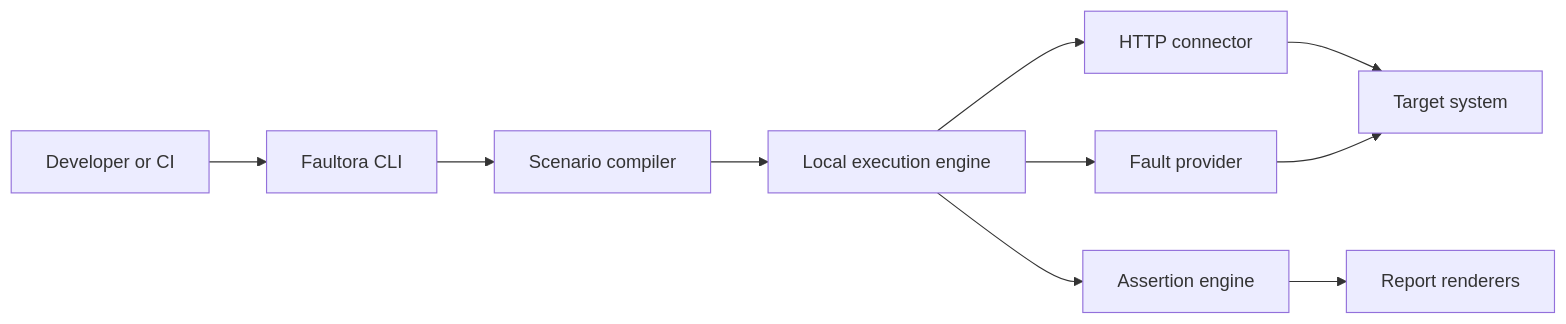
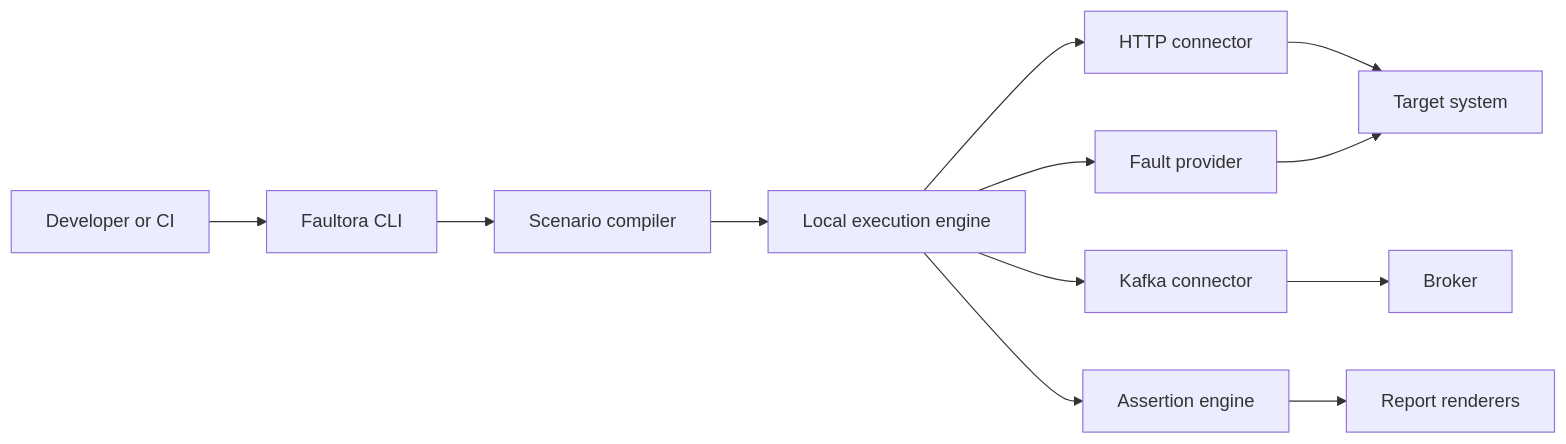
The first of 3 diagrams in docs/ARCHITECTURE.md (Malatiel/Faultora), drawn with Mermaid before and after one commit. The commit also changed other lines of this file and 95 other files, not shown here.

````diff
--- a/docs/ARCHITECTURE.md
+++ b/docs/ARCHITECTURE.md
@@ -84,12 +84,14 @@
 ```mermaid
 flowchart LR
     U["Developer or CI"] --> CLI["Faultora CLI"]
     CLI --> C["Scenario compiler"]
     C --> E["Local execution engine"]
     E --> H["HTTP connector"]
+    E --> K["Kafka connector"]
     E --> F["Fault provider"]
     H --> S["Target system"]
+    K --> B["Broker"]
     F --> S
     E --> A["Assertion engine"]
     A --> R["Report renderers"]
 ```
````
